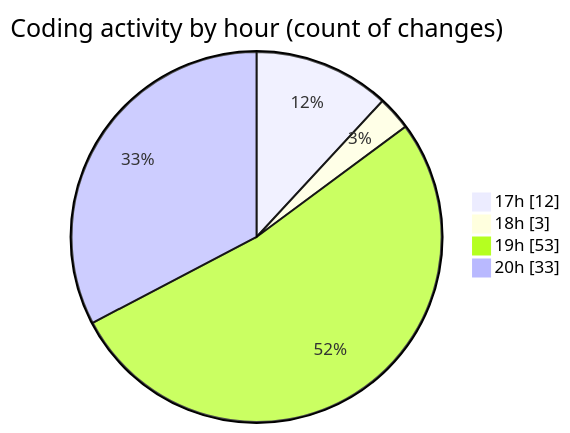
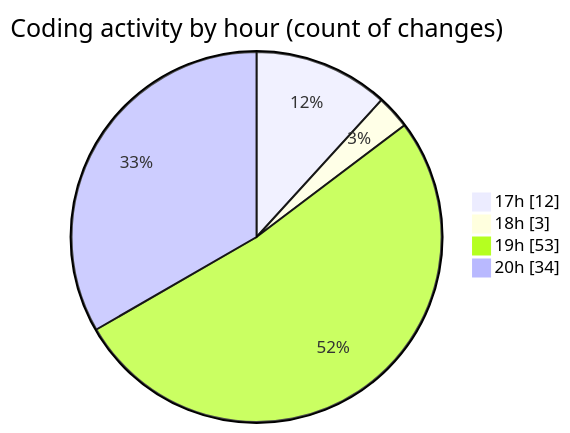
The second of 2 diagrams in 2025-06-19/scopecraft/README.md (Ritupan-Deka/code-tracking), drawn with Mermaid before and after one commit. The commit also changed other lines of this file and 1 other file, not shown here.

````diff
--- a/2025-06-19/scopecraft/README.md
+++ b/2025-06-19/scopecraft/README.md
@@ -44,8 +46,8 @@
 ```mermaid
 pie showData
 title Coding activity by hour (count of changes)
 "17h" : 12
 "18h" : 3
 "19h" : 53
-"20h" : 33
+"20h" : 34
 ```
````
